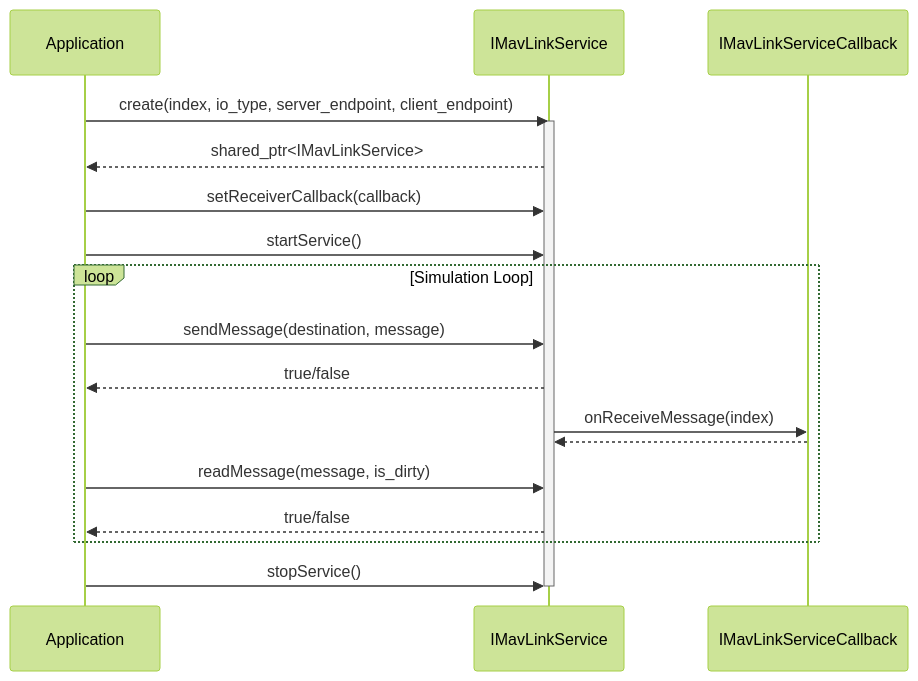
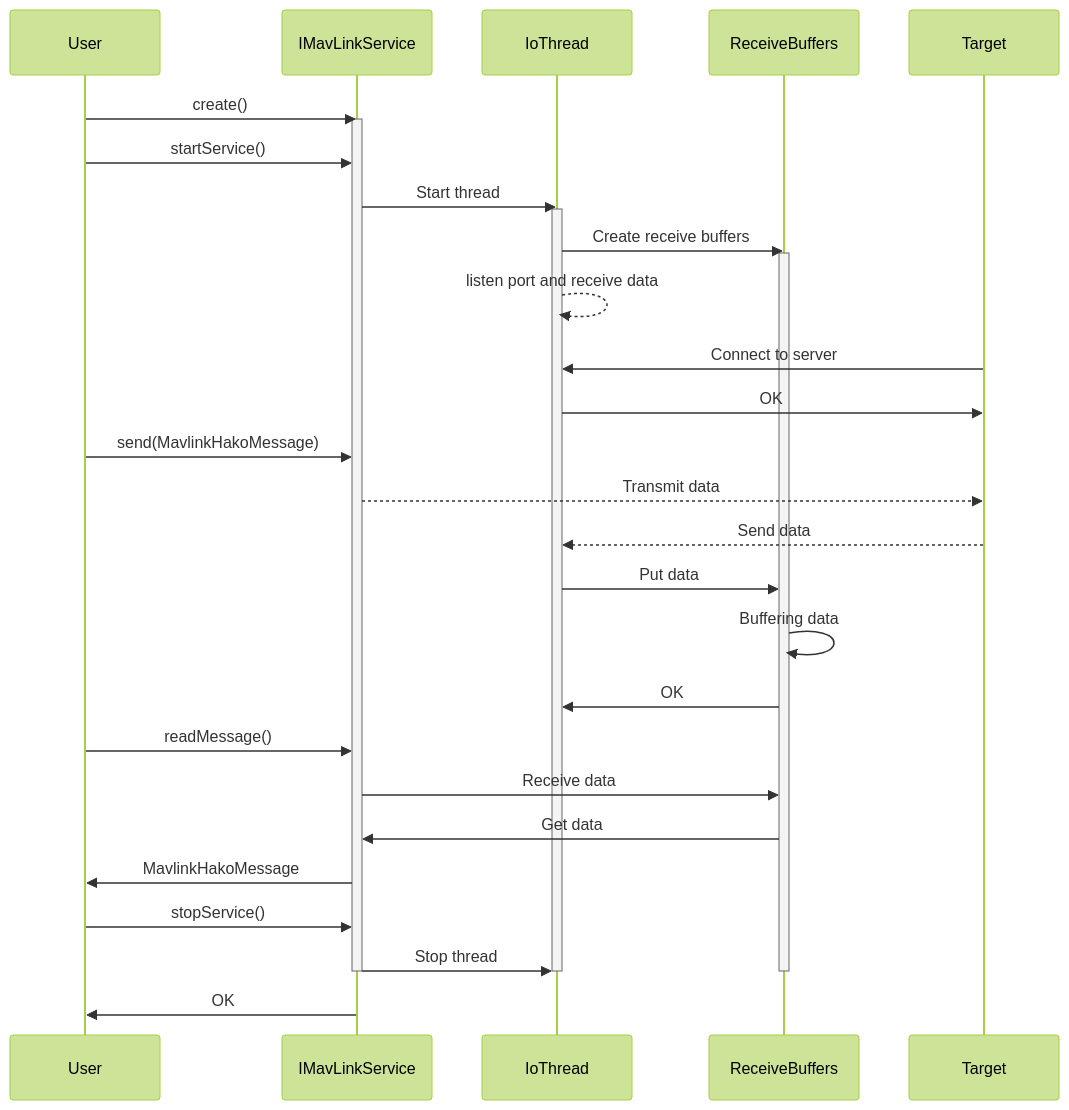
One commit to toppers/hakoniwa-drone-core changed the second of 2 diagrams in docs/architecture/mavlink/README.md. Above: the diagram before and after it, drawn with Mermaid (forest theme). The commit also changed other lines of this file and 6 other files, not shown here.

````diff
--- a/docs/architecture/mavlink/README.md
+++ b/docs/architecture/mavlink/README.md
@@ -96,27 +99,42 @@
 ```mermaid
 sequenceDiagram
-    participant App as Application
+    participant User as User
     participant Service as IMavLinkService
-    participant Callback as IMavLinkServiceCallback
+    participant IoThread
+    participant ReceiveBuffers
+    participant Target
 
-    App->>Service: create(index, io_type, server_endpoint, client_endpoint)
+    User ->> Service: create()
     activate Service
-    Service-->>App: shared_ptr<IMavLinkService>
 
-    App->>Service: setReceiverCallback(callback)
-    App->>Service: startService()
+    User ->> Service: startService()
+    Service ->> IoThread: Start thread
+    activate IoThread
+    IoThread ->> ReceiveBuffers: Create receive buffers
+    activate ReceiveBuffers
+    IoThread -->> IoThread: listen port and receive data
 
-    loop Simulation Loop
-        App->>Service: sendMessage(destination, message)
-        Service-->>App: true/false
+    Target ->> IoThread: Connect to server
+    IoThread ->> Target: OK
+    
 
-        Service->>Callback: onReceiveMessage(index)
-        Callback-->>Service: 
+    User ->> Service: send(MavlinkHakoMessage)
+    Service -->> Target: Transmit data
 
-        App->>Service: readMessage(message, is_dirty)
-        Service-->>App: true/false
-    end
+    Target -->> IoThread: Send data
+    IoThread ->> ReceiveBuffers: Put data
+    ReceiveBuffers ->> ReceiveBuffers: Buffering data
+    ReceiveBuffers ->> IoThread: OK
 
-    App->>Service: stopService()
+    User ->> Service: readMessage()
+    Service ->> ReceiveBuffers: Receive data
+    ReceiveBuffers ->> Service: Get data
+    Service ->> User: MavlinkHakoMessage
+
+    User ->> Service: stopService()
+    Service ->> IoThread: Stop thread
+    deactivate IoThread
+    deactivate ReceiveBuffers
     deactivate Service
+    Service ->> User: OK
 ```
````
